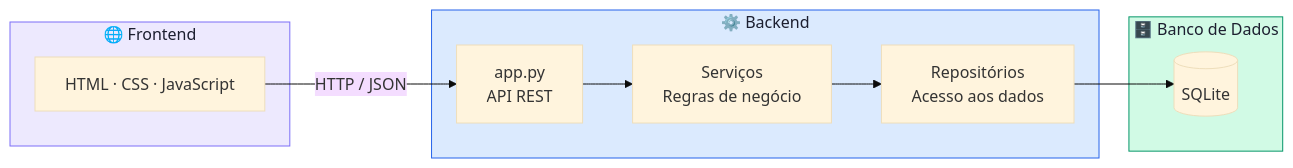
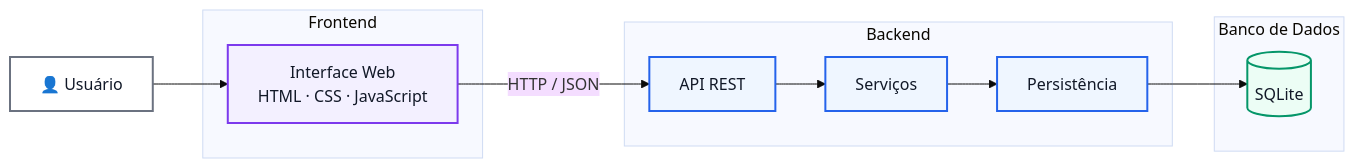
One commit to gabrielfcastro/Gerenciador-de-Estudos changed the diagram in README.MD. Above: the diagram before and after it, drawn with Mermaid (base theme).

Commit message:
Refactor Mermaid diagram in README for clarity

````diff
--- a/README.MD
+++ b/README.MD
@@ -27,30 +27,36 @@
 ```mermaid
 flowchart LR
 
-    subgraph FE["🌐 Frontend"]
-        html["HTML · CSS · JavaScript"]
+    user["👤 Usuário"]
+
+    subgraph FE["Frontend"]
+        front["Interface Web
+HTML · CSS · JavaScript"]
     end
 
-    subgraph BE["⚙️ Backend"]
-        app["app.py
-        API REST"]
-        svc["Serviços
-        Regras de negócio"]
-        repo["Repositórios
-        Acesso aos dados"]
-
-        app --> svc
-        svc --> repo
+    subgraph BE["Backend"]
+        api["API REST"]
+        service["Serviços"]
+        repo["Persistência"]
     end
 
-    subgraph DB["🗄️ Banco de Dados"]
+    subgraph DB["Banco de Dados"]
         sqlite[("SQLite")]
     end
 
-    html -->|"HTTP / JSON"| app
+    user --> front
+    front -->|"HTTP / JSON"| api
+    api --> service
+    service --> repo
     repo --> sqlite
 
-    style FE fill:#ede9fe,stroke:#7c6ff7,color:#1c1f30
-    style BE fill:#dbeafe,stroke:#2563eb,color:#1c1f30
-    style DB fill:#d1fae5,stroke:#059669,color:#1c1f30
+    classDef frontend fill:#F3F0FF,stroke:#7C3AED,stroke-width:2px,color:#111827
+    classDef backend fill:#EFF6FF,stroke:#2563EB,stroke-width:2px,color:#111827
+    classDef database fill:#ECFDF5,stroke:#059669,stroke-width:2px,color:#111827
+    classDef actor fill:#FFFFFF,stroke:#6B7280,stroke-width:2px,color:#111827
+
+    class user actor
+    class front frontend
+    class api,service,repo backend
+    class sqlite database
 ```
````
